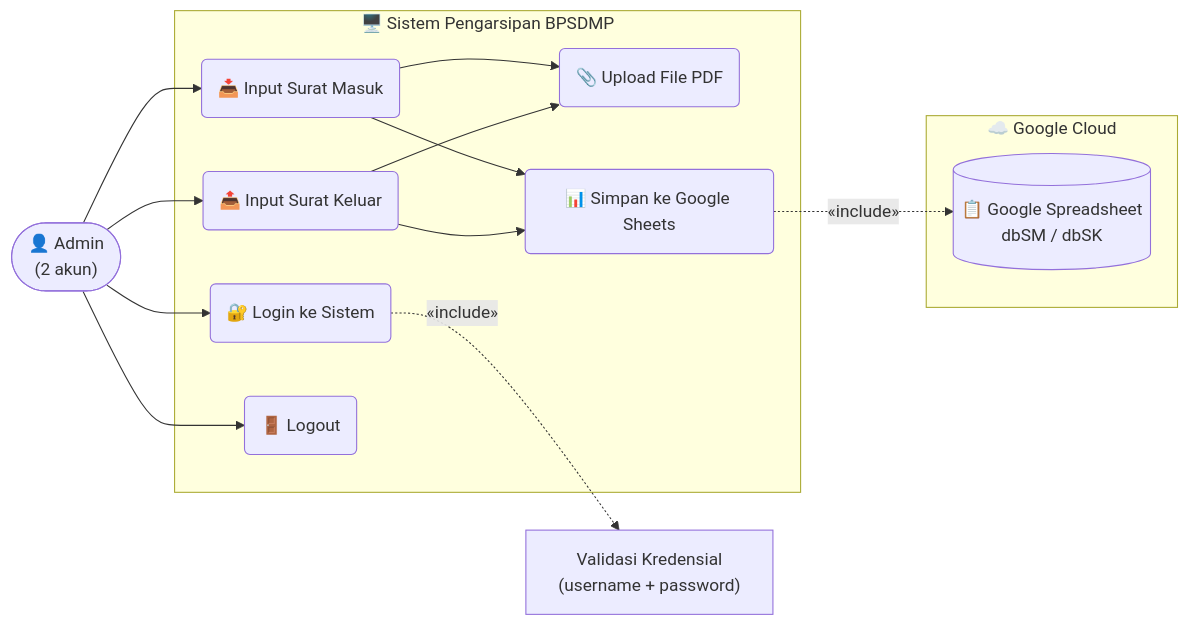
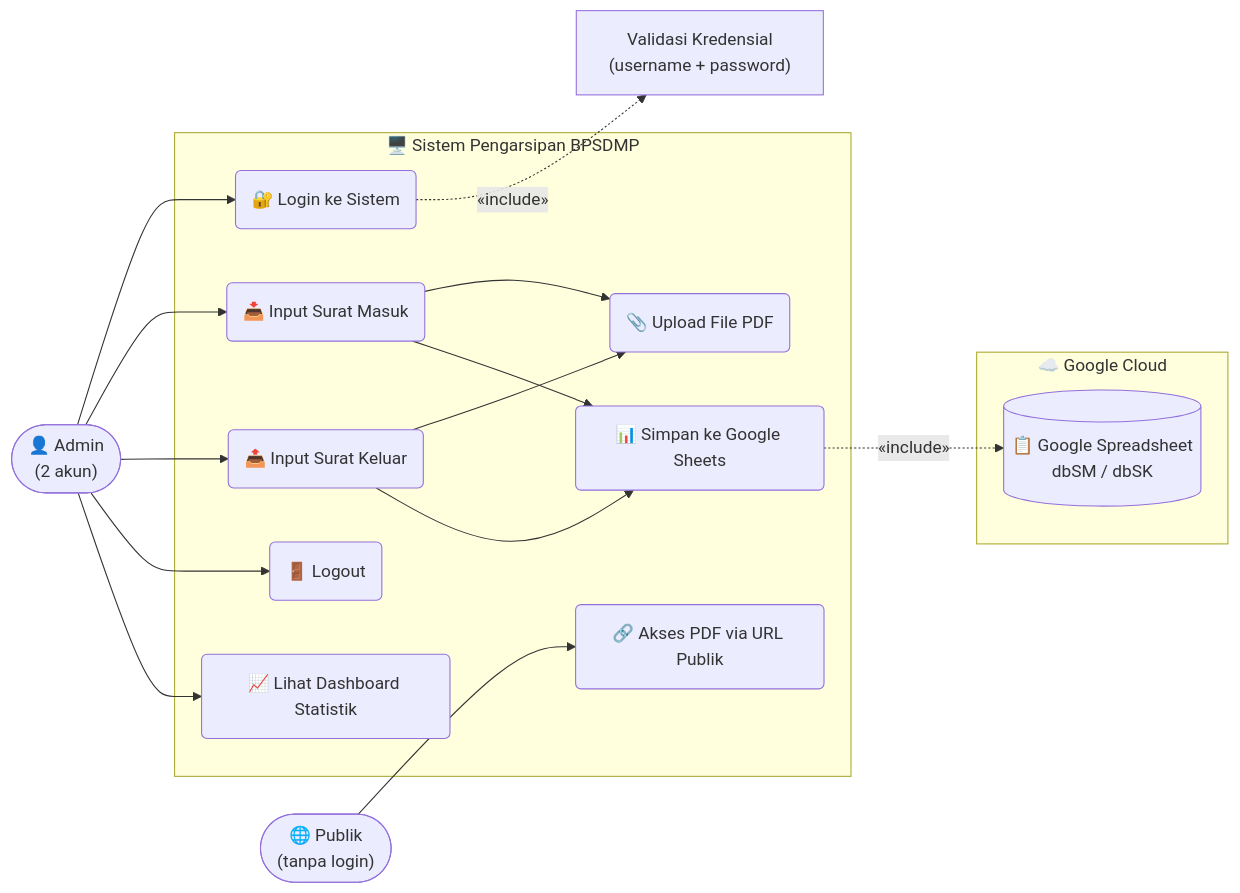
Before and after one commit to Rpl087/PROJECT-MAGANG: the third of 3 diagrams in README.md, drawn with Mermaid. The commit also changed other lines of this file and 10 other files, not shown here.

````diff
--- a/README.md
+++ b/README.md
@@ -154,30 +239,35 @@
 ```mermaid
 graph LR
     Admin(["👤 Admin\n(2 akun)"])
+    Public(["🌐 Publik\n(tanpa login)"])
 
     subgraph Sistem ["🖥️ Sistem Pengarsipan BPSDMP"]
         UC1("🔐 Login ke Sistem")
         UC2("📥 Input Surat Masuk")
         UC3("📤 Input Surat Keluar")
         UC4("📎 Upload File PDF")
         UC5("📊 Simpan ke Google Sheets")
         UC6("🚪 Logout")
+        UC7("📈 Lihat Dashboard Statistik")
+        UC8("🔗 Akses PDF via URL Publik")
 
         UC2 --> UC4
         UC3 --> UC4
         UC2 --> UC5
         UC3 --> UC5
     end
 
     subgraph Google ["☁️ Google Cloud"]
         GS[("📋 Google Spreadsheet\ndbSM / dbSK")]
     end
 
     Admin --> UC1
     Admin --> UC2
     Admin --> UC3
     Admin --> UC6
+    Admin --> UC7
+    Public --> UC8
 
     UC1 -.->|"«include»"| VALID["Validasi Kredensial\n(username + password)"]
     UC5 -.->|"«include»"| GS
 ```
````
